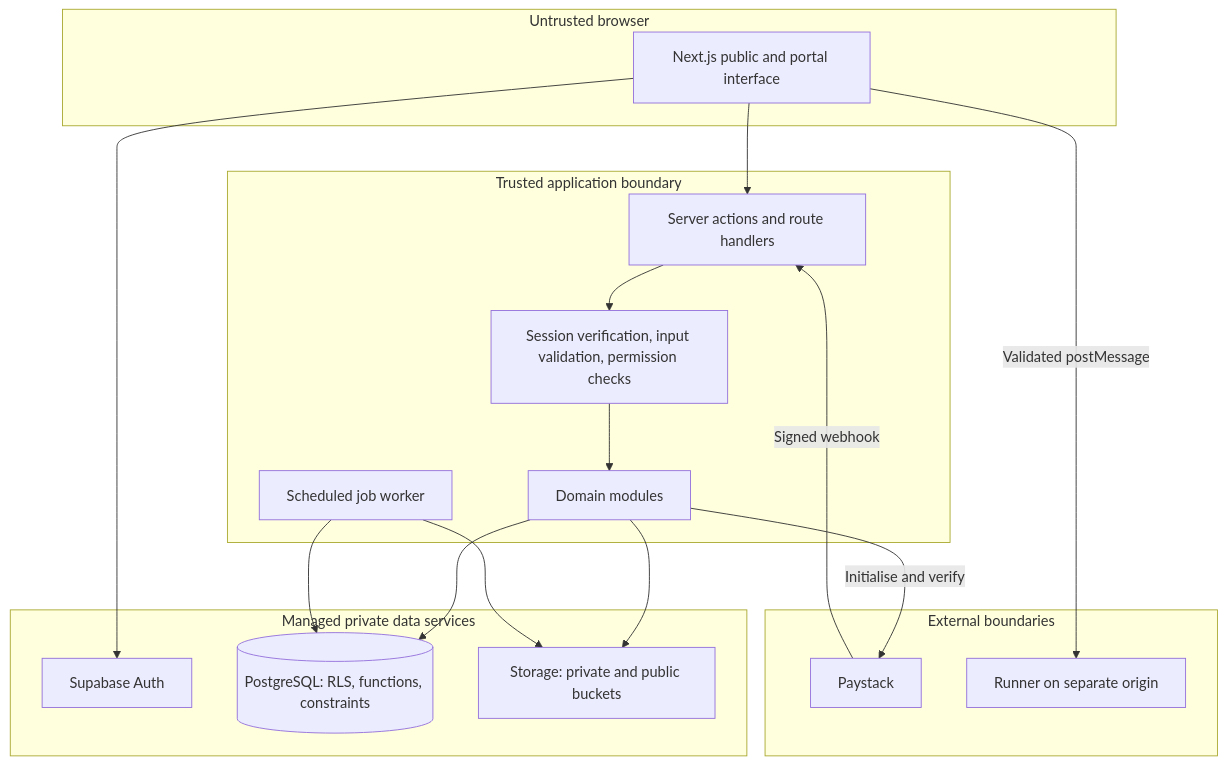
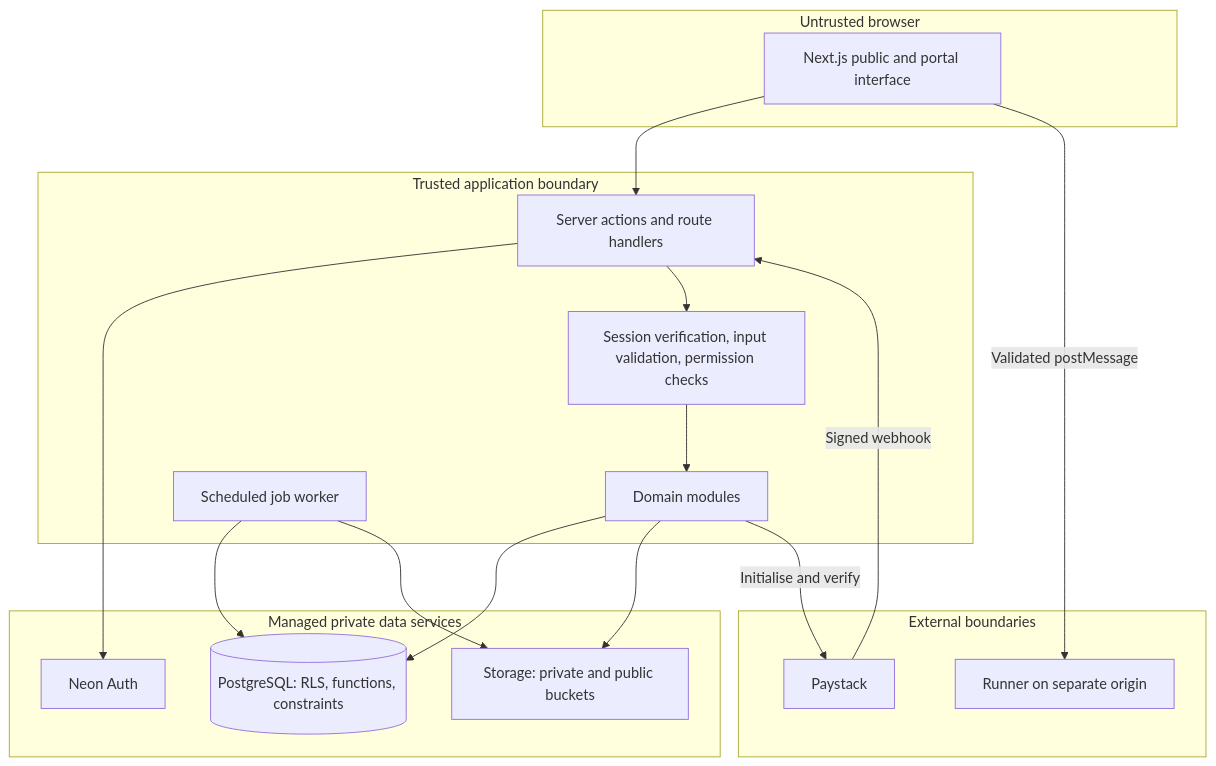
The second of 7 diagrams in docs/SYSTEM-ARCHITECTURE.md (adeyanjufuhad/BrainField-Schools), drawn with Mermaid before and after one commit. The commit also changed other lines of this file and 31 other files, not shown here.

Commit message:
docs: adopt Neon architecture and record verified school content

````diff
--- a/docs/SYSTEM-ARCHITECTURE.md
+++ b/docs/SYSTEM-ARCHITECTURE.md
@@ -38,32 +38,32 @@
 ```mermaid
 flowchart TB
     subgraph CLIENT[Untrusted browser]
         UI[Next.js public and portal interface]
     end
     subgraph SERVER[Trusted application boundary]
         HANDLERS[Server actions and route handlers]
         GUARDS[Session verification, input validation, permission checks]
         MODULES[Domain modules]
         WORKER[Scheduled job worker]
     end
     subgraph MANAGED[Managed private data services]
-        AUTH[Supabase Auth]
+        AUTH[Neon Auth]
         DB[(PostgreSQL: RLS, functions, constraints)]
         STORE[Storage: private and public buckets]
     end
     subgraph EXTERNAL[External boundaries]
         PAY[Paystack]
         RUN[Runner on separate origin]
     end
-    UI --> AUTH
+    HANDLERS --> AUTH
     UI --> HANDLERS
     HANDLERS --> GUARDS
     GUARDS --> MODULES
     MODULES --> DB
     MODULES --> STORE
     WORKER --> DB
     WORKER --> STORE
     MODULES -->|Initialise and verify| PAY
     PAY -->|Signed webhook| HANDLERS
     UI -->|Validated postMessage| RUN
 ```
````
